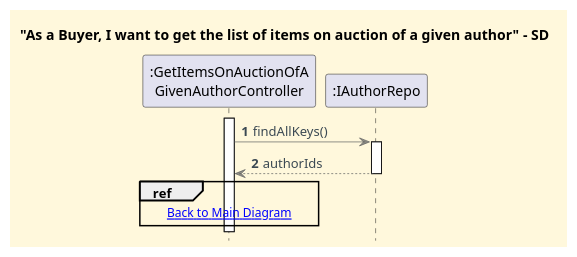
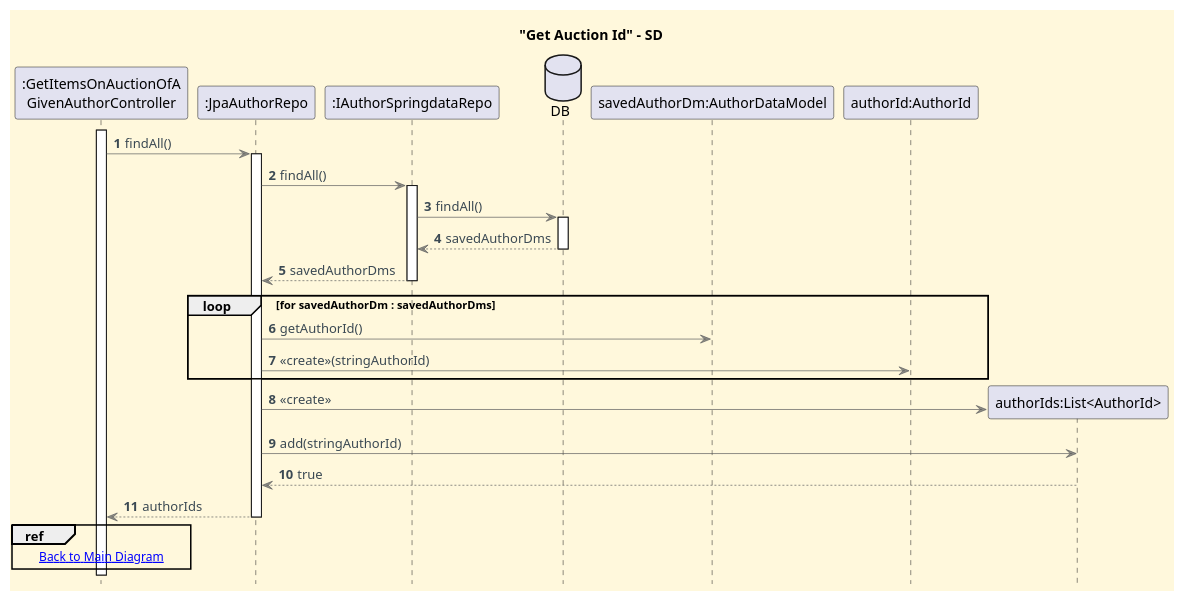
The diagram in docs/functionalities/buyer/get-list-of-items-on-auction-of-given-author/sd-ref-diagrams/Get_Author_Ids.puml (CarolinaLeite-collab/JavaMarketplacePlatform), drawn with PlantUML before and after one commit. The commit also changed 1 other file, not shown here.

Commit message:
docs: refactor ref diagrams of GetItemsOnAuctionOfAGivenAuthor SD #810

```diff
--- a/docs/functionalities/buyer/get-list-of-items-on-auction-of-given-author/sd-ref-diagrams/Get_Author_Ids.puml
+++ b/docs/functionalities/buyer/get-list-of-items-on-auction-of-given-author/sd-ref-diagrams/Get_Author_Ids.puml
@@ -1,30 +1,55 @@
 @startuml
-title "As a Buyer, I want to get the list of items on auction of a given author" - SD
+title "Get Auction Id" - SD
 
 '==== basic style ====
 skinparam monochrome false
 skinparam defaultFontName Futura
 skinparam objectFontSize 20
 skinparam backgroundColor CornSilk
 skinparam objectBackgroundColor WhiteSmoke
 skinparam noteBackgroundColor #FFFFE0
 skinparam ArrowFontColor #3B4953
 skinparam ArrowColor #57595BAA
 
 autonumber
 autoactivate off
 hidefootbox
 
 participant ":GetItemsOnAuctionOfA\nGivenAuthorController" as CTL
-participant ":IAuthorRepo" as REPO
+participant ":JpaAuthorRepo" as JPAREPO
+participant ":IAuthorSpringdataRepo" as SPRINGREPO
+database "DB" as DB
 
 activate CTL
-CTL -> REPO : findAllKeys()
-activate REPO
-REPO --> CTL : authorIds
-deactivate REPO
+CTL -> JPAREPO : findAll()
+activate JPAREPO
+
+
+JPAREPO -> SPRINGREPO : findAll()
+activate SPRINGREPO
+
+SPRINGREPO -> DB : findAll()
+activate DB
+
+DB --> SPRINGREPO : savedAuthorDms
+deactivate DB
+SPRINGREPO --> JPAREPO : savedAuthorDms
+deactivate SPRINGREPO
+
+loop for savedAuthorDm : savedAuthorDms
+    JPAREPO -> "savedAuthorDm:AuthorDataModel" : getAuthorId()
+    JPAREPO -> "authorId:AuthorId" : <<create>>(stringAuthorId)
+end
+
+create "authorIds:List<AuthorId>"
+JPAREPO -> "authorIds:List<AuthorId>" : <<create>>
+JPAREPO -> "authorIds:List<AuthorId>" : add(stringAuthorId)
+"authorIds:List<AuthorId>" --> JPAREPO : true
+
+JPAREPO --> CTL : authorIds
+deactivate JPAREPO
 
 ref over CTL
 [[../Get_List_Of_Items_on_Auction_Of_Given_Author_SD.puml Back to Main Diagram]]
 end ref
 @enduml
```
